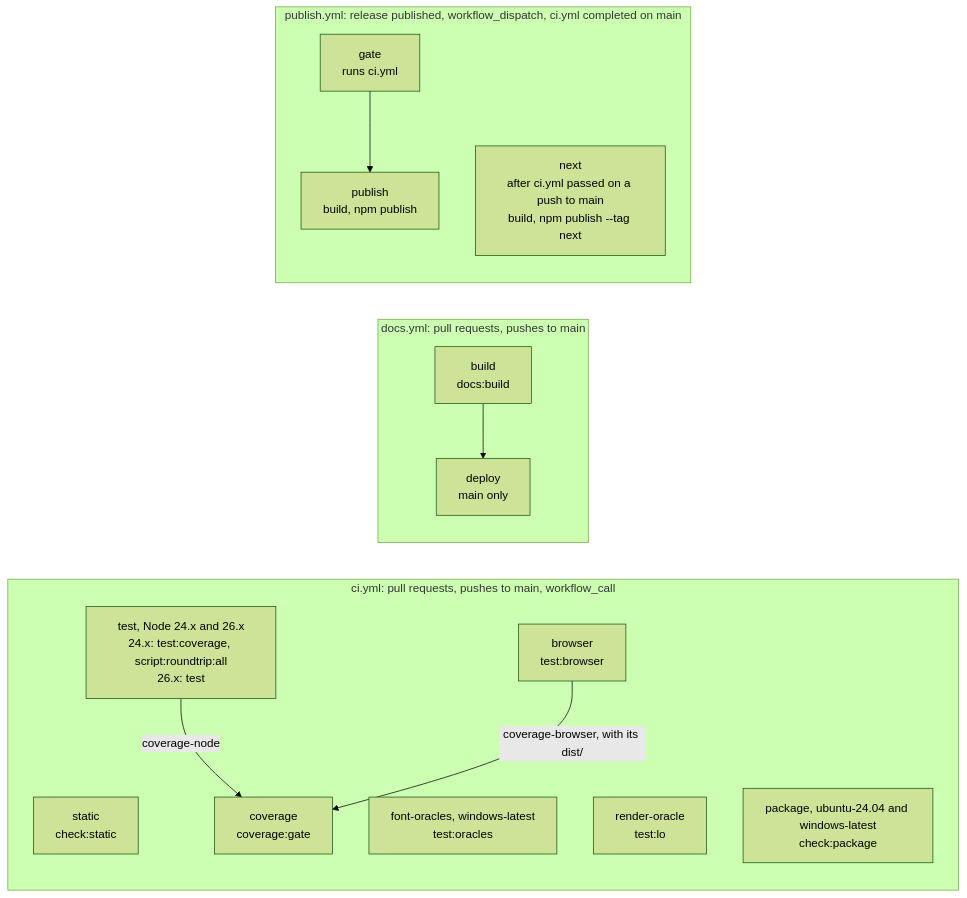
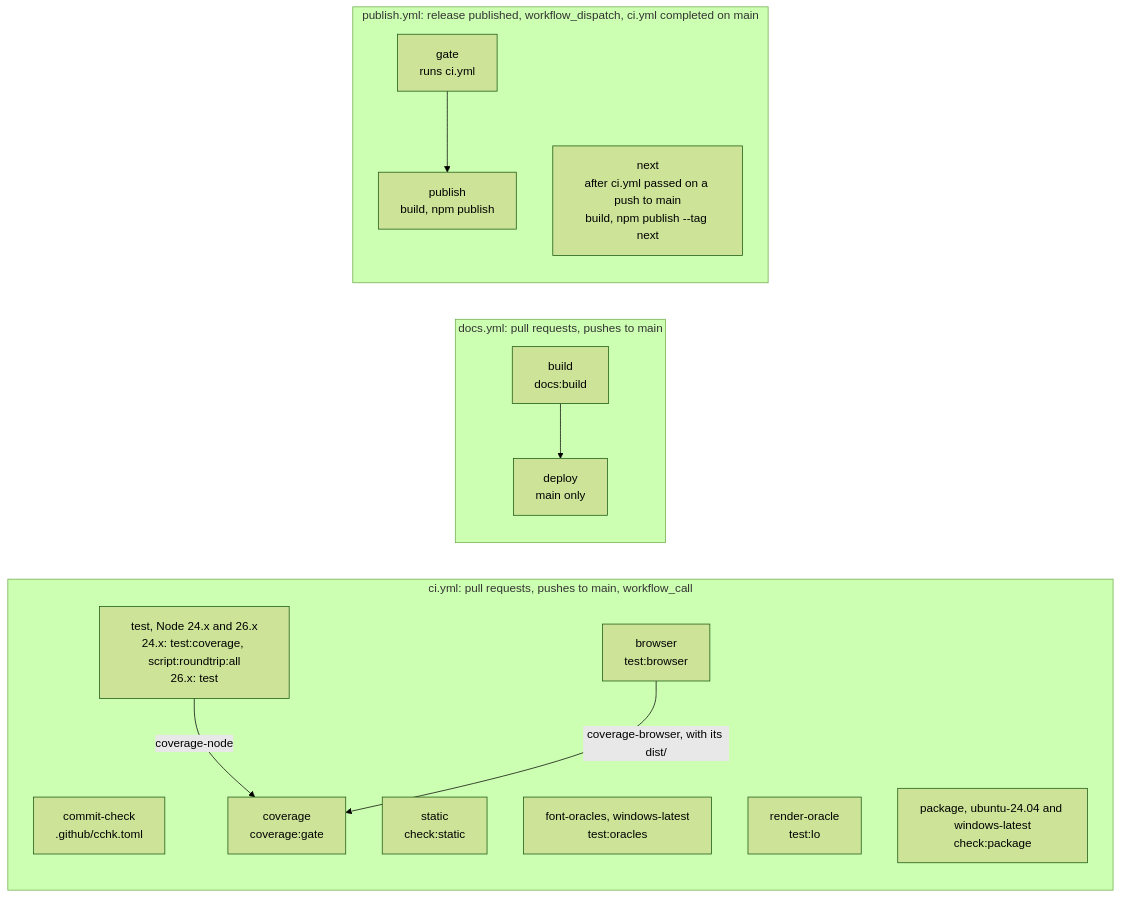
One commit to shbernal/pptx-ts changed the first of 2 diagrams in docs/contributing/testing.md. Above: the diagram before and after it, drawn with Mermaid (forest theme). The commit also changed other lines of this file and 16 other files, not shown here.

````diff
--- a/docs/contributing/testing.md
+++ b/docs/contributing/testing.md
@@ -134,21 +125,22 @@
 ```mermaid
 flowchart LR
   subgraph ci["ci.yml: pull requests, pushes to main, workflow_call"]
+    commits["commit-check<br/>.github/cchk.toml"]
     static["static<br/>check:static"]
     test["test, Node 24.x and 26.x<br/>24.x: test:coverage, script:roundtrip:all<br/>26.x: test"]
     fonts["font-oracles, windows-latest<br/>test:oracles"]
     render["render-oracle<br/>test:lo"]
     browser["browser<br/>test:browser"]
     coverage["coverage<br/>coverage:gate"]
     package["package, ubuntu-24.04 and windows-latest<br/>check:package"]
     test -- "coverage-node" --> coverage
     browser -- "coverage-browser, with its dist/" --> coverage
   end
   subgraph docs["docs.yml: pull requests, pushes to main"]
     build["build<br/>docs:build"] --> deploy["deploy<br/>main only"]
   end
   subgraph publish["publish.yml: release published, workflow_dispatch, ci.yml completed on main"]
     gate["gate<br/>runs ci.yml"] --> pub["publish<br/>build, npm publish"]
     next["next<br/>after ci.yml passed on a push to main<br/>build, npm publish --tag next"]
   end
 ```
````
